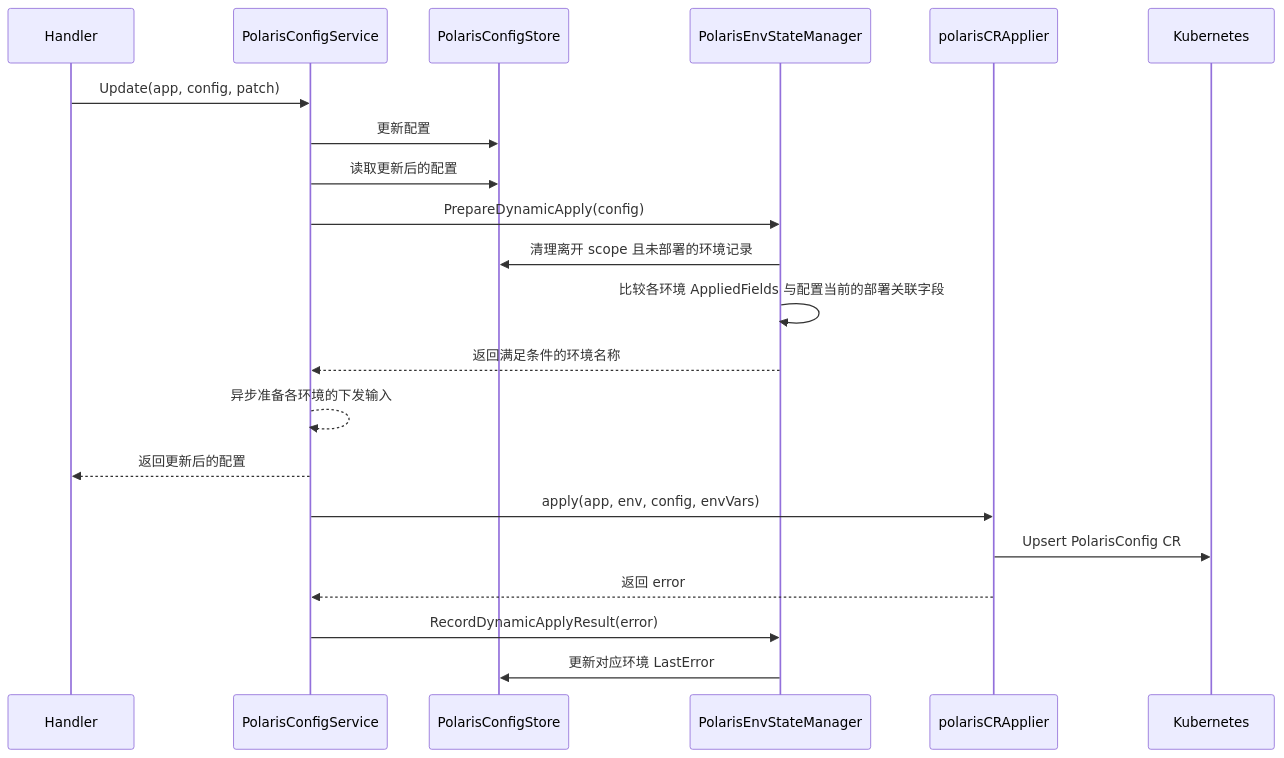
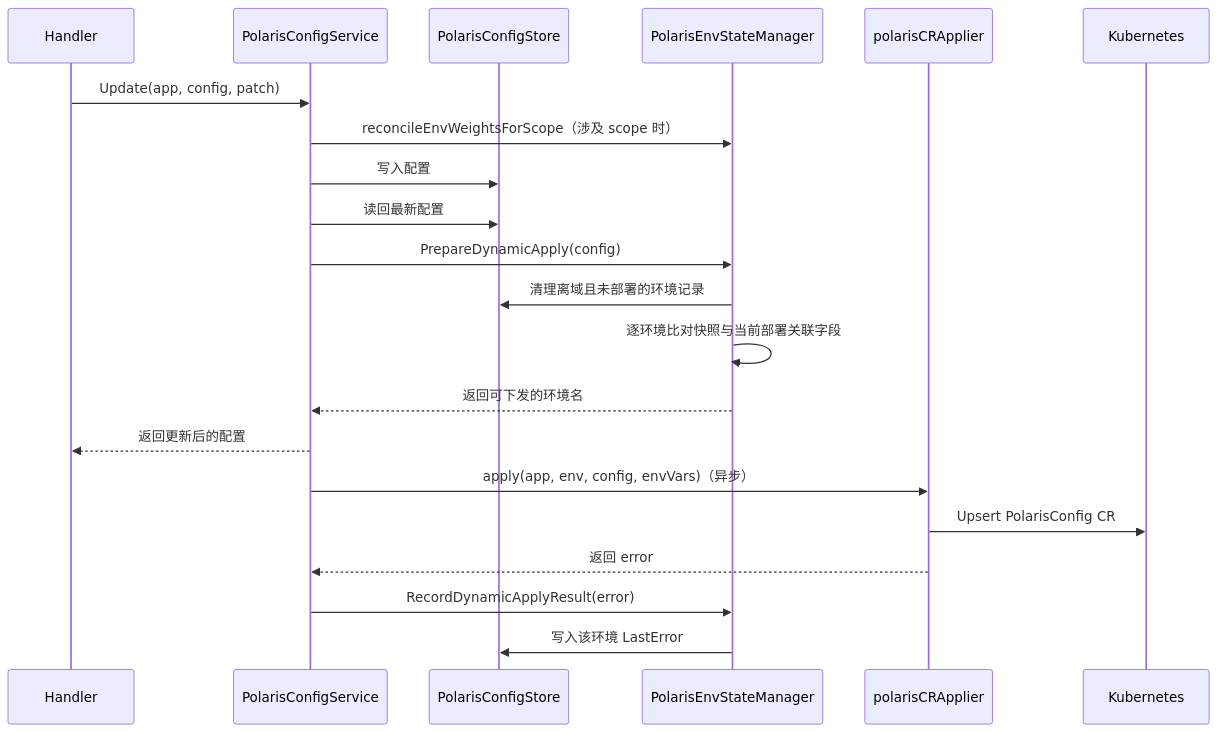
One commit to JoJohw/blueking-service-governance changed the second of 3 diagrams in bkms-server/design_notes/polaris_config_auto_sync.md. Above: the diagram before and after it, drawn with Mermaid. The commit also changed other lines of this file and 37 other files, not shown here.

````diff
--- a/bkms-server/design_notes/polaris_config_auto_sync.md
+++ b/bkms-server/design_notes/polaris_config_auto_sync.md
@@ -151,24 +169,24 @@
 ```mermaid
 sequenceDiagram
     participant API as Handler
     participant Service as PolarisConfigService
     participant Store as PolarisConfigStore
-    participant StateManager as PolarisEnvStateManager
+    participant Manager as PolarisEnvStateManager
     participant Applier as polarisCRApplier
     participant K8s as Kubernetes
 
     API->>Service: Update(app, config, patch)
-    Service->>Store: 更新配置
-    Service->>Store: 读取更新后的配置
-    Service->>StateManager: PrepareDynamicApply(config)
-    StateManager->>Store: 清理离开 scope 且未部署的环境记录
-    StateManager->>StateManager: 比较各环境 AppliedFields 与配置当前的部署关联字段
-    StateManager-->>Service: 返回满足条件的环境名称
-    Service-->>Service: 异步准备各环境的下发输入
+    Service->>Manager: reconcileEnvWeightsForScope（涉及 scope 时）
+    Service->>Store: 写入配置
+    Service->>Store: 读回最新配置
+    Service->>Manager: PrepareDynamicApply(config)
+    Manager->>Store: 清理离域且未部署的环境记录
+    Manager->>Manager: 逐环境比对快照与当前部署关联字段
+    Manager-->>Service: 返回可下发的环境名
     Service-->>API: 返回更新后的配置
-    Service->>Applier: apply(app, env, config, envVars)
+    Service->>Applier: apply(app, env, config, envVars)（异步）
     Applier->>K8s: Upsert PolarisConfig CR
     Applier-->>Service: 返回 error
-    Service->>StateManager: RecordDynamicApplyResult(error)
-    StateManager->>Store: 更新对应环境 LastError
+    Service->>Manager: RecordDynamicApplyResult(error)
+    Manager->>Store: 写入该环境 LastError
 ```
````
